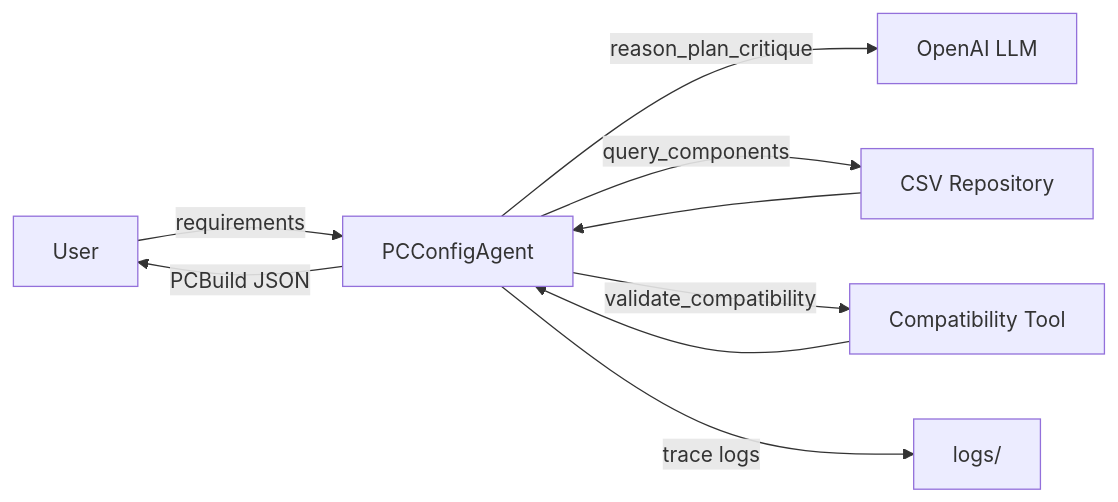
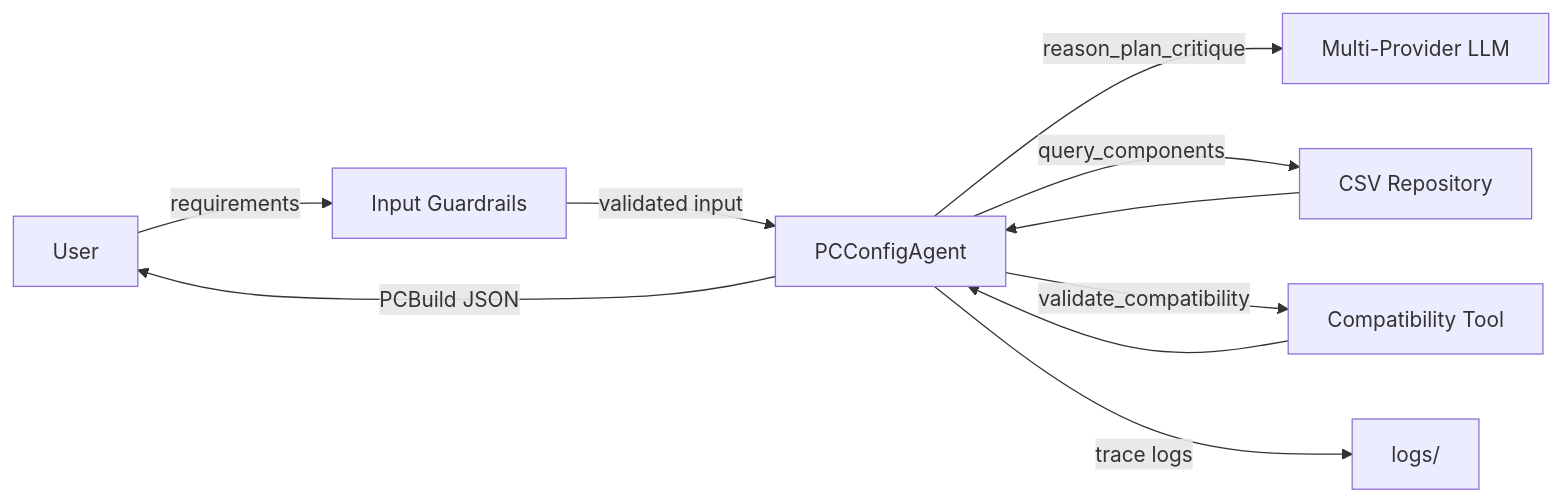
One commit to manpreethsai/genai-pc-config-agent-assignment changed the diagram in README.md. Above: the diagram before and after it, drawn with Mermaid. The commit also changed other lines of this file and 5 other files, not shown here.

First line of the commit message:
docs: update README with API key priority, guardrails architecture, and project layout

````diff
--- a/README.md
+++ b/README.md
@@ -17,11 +17,12 @@
 ```mermaid
 flowchart LR
-    User[User] -->|requirements| Agent[PCConfigAgent]
-    Agent -->|reason_plan_critique| LLM[OpenAI LLM]
+    User[User] -->|requirements| Guardrails[Input Guardrails]
+    Guardrails -->|validated input| Agent[PCConfigAgent]
+    Agent -->|reason_plan_critique| LLM[Multi-Provider LLM]
     Agent -->|query_components| Dataset[CSV Repository]
     Agent -->|validate_compatibility| Validator[Compatibility Tool]
     Dataset --> Agent
     Validator --> Agent
     Agent -->|PCBuild JSON| User
     Agent -->|trace logs| Logs[logs/]
 ```
````
